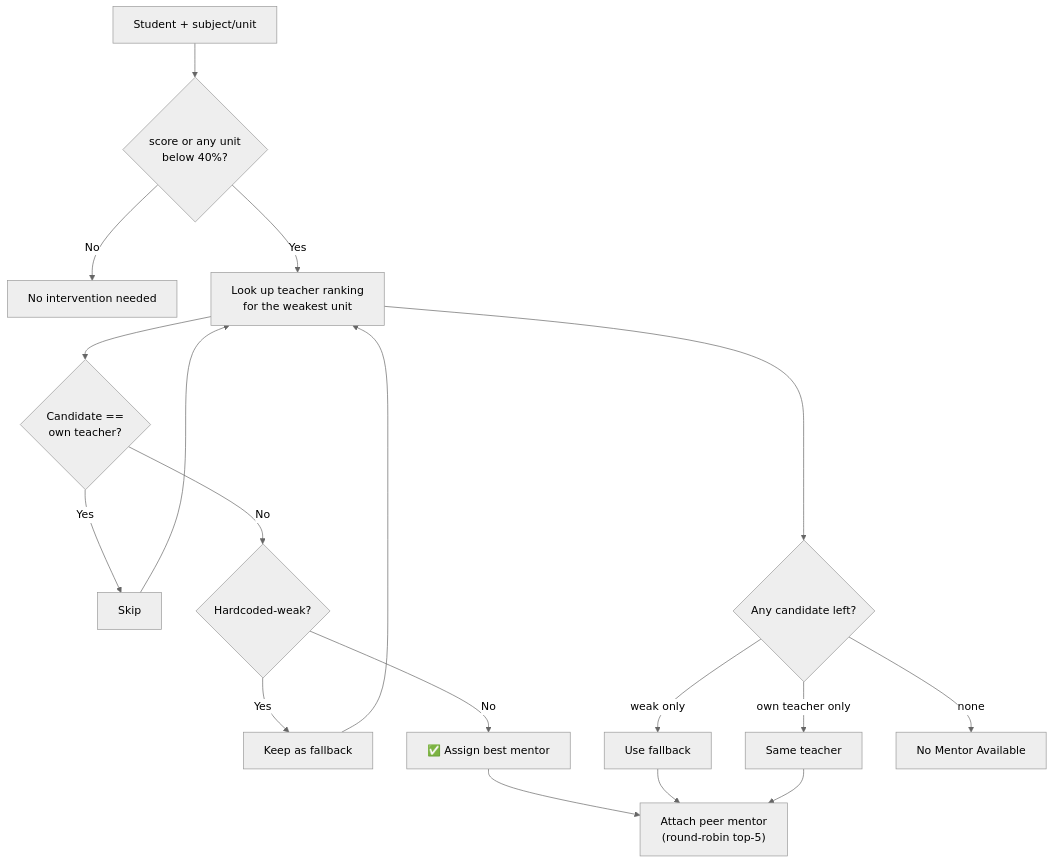
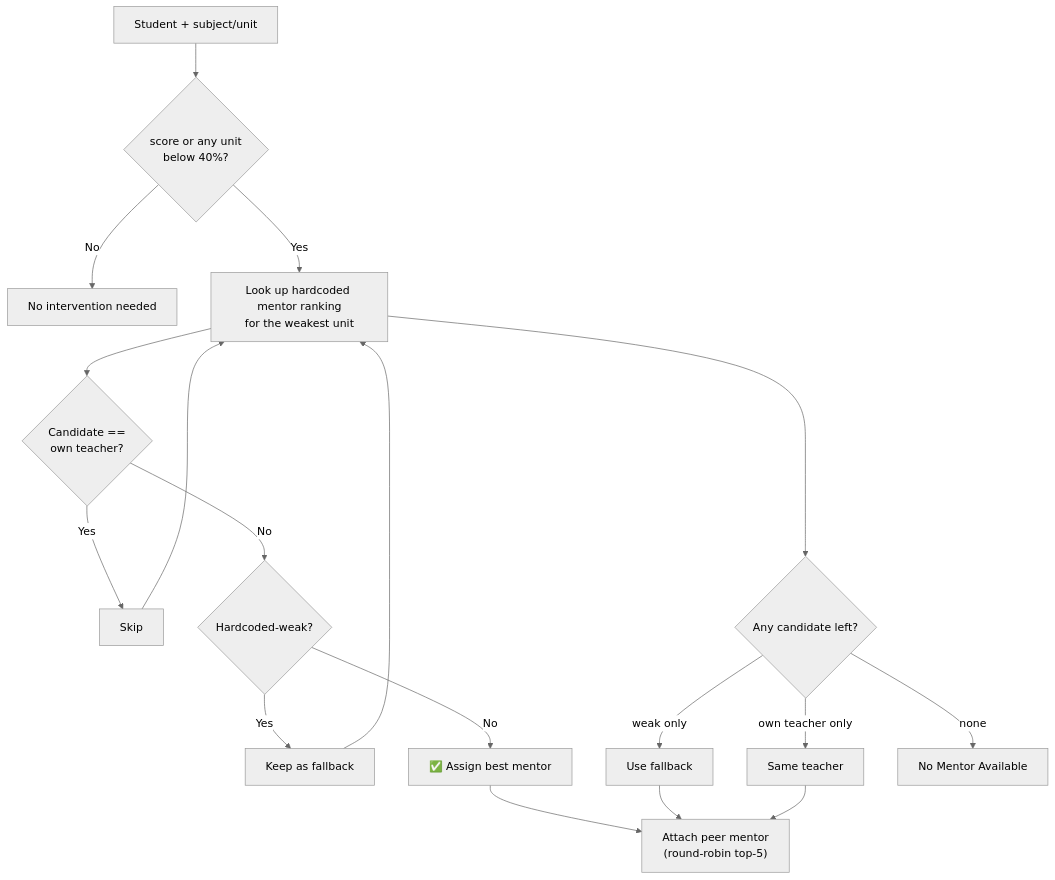
The fourth of 6 diagrams in README.md (cybodexx/edu-growth), drawn with Mermaid (neutral theme) before and after one commit. The commit also changed other lines of this file and 11 other files, not shown here.

````diff
--- a/README.md
+++ b/README.md
@@ -161,20 +161,20 @@
 ```mermaid
 flowchart TD
     A["Student + subject/unit"] --> B{"score or any unit<br/>below 40%?"}
     B -- No --> C["No intervention needed"]
-    B -- Yes --> D["Look up teacher ranking<br/>for the weakest unit"]
+    B -- Yes --> D["Look up hardcoded mentor ranking<br/>for the weakest unit"]
     D --> E{"Candidate ==<br/>own teacher?"}
     E -- Yes --> F["Skip"]
     E -- No --> G{"Hardcoded-weak?"}
     G -- Yes --> H["Keep as fallback"]
     G -- No --> I["✅ Assign best mentor"]
     F --> D
     H --> D
     D --> J{"Any candidate left?"}
     J -- "weak only" --> K["Use fallback"]
     J -- "own teacher only" --> L["Same teacher"]
     J -- none --> M["No Mentor Available"]
     I --> N["Attach peer mentor<br/>(round-robin top-5)"]
     K --> N
     L --> N
 ```
````
